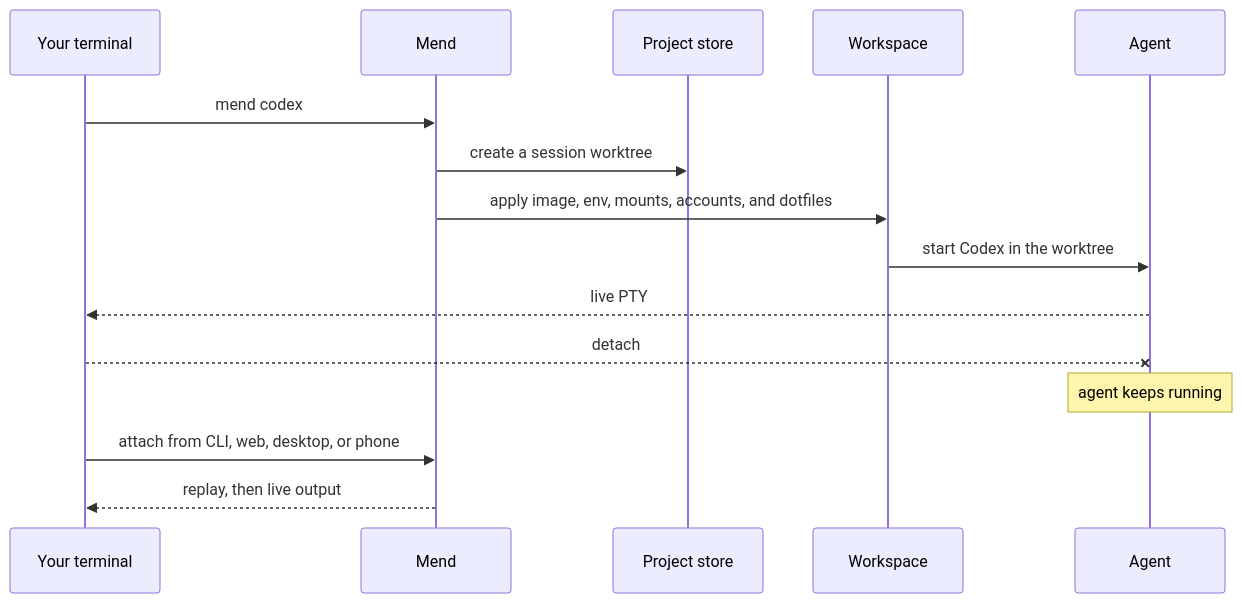
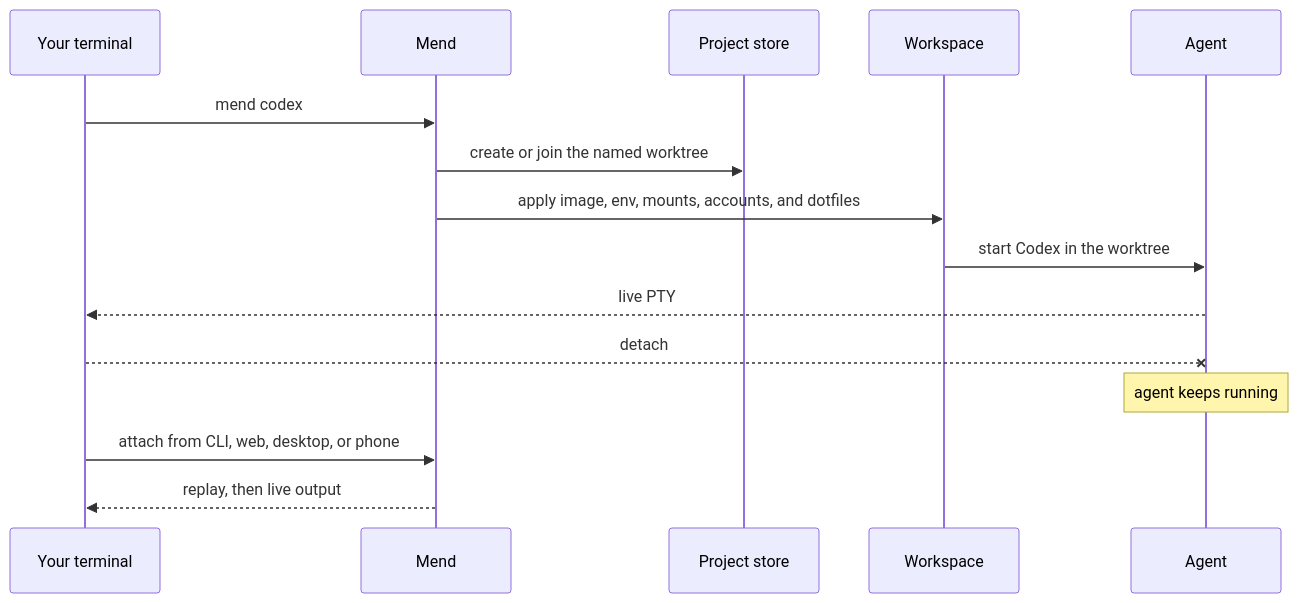
The second of 2 diagrams in apps/docs/src/content/docs/index.md (sealant-sh/Mend), drawn with Mermaid before and after one commit. The commit also changed other lines of this file and 9 other files, not shown here.

````diff
--- a/apps/docs/src/content/docs/index.md
+++ b/apps/docs/src/content/docs/index.md
@@ -81,18 +83,18 @@
 ```mermaid
 sequenceDiagram
   participant You as Your terminal
   participant Mend
   participant Store as Project store
   participant Workspace
   participant Agent
 
   You->>Mend: mend codex
-  Mend->>Store: create a session worktree
+  Mend->>Store: create or join the named worktree
   Mend->>Workspace: apply image, env, mounts, accounts, and dotfiles
   Workspace->>Agent: start Codex in the worktree
   Agent-->>You: live PTY
   You--xAgent: detach
   Note over Agent: agent keeps running
   You->>Mend: attach from CLI, web, desktop, or phone
   Mend-->>You: replay, then live output
 ```
````
